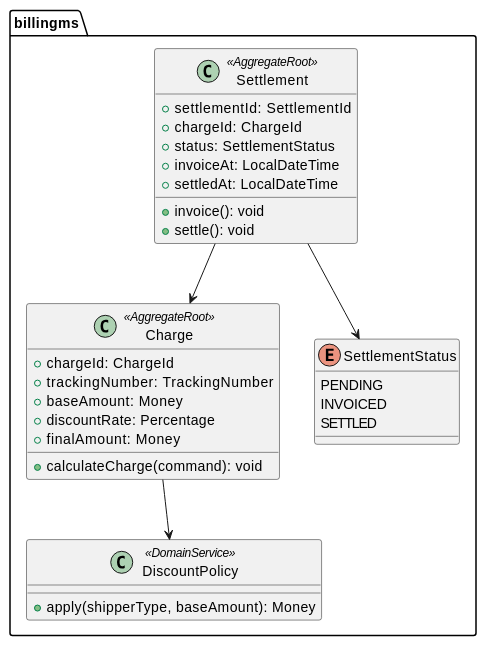
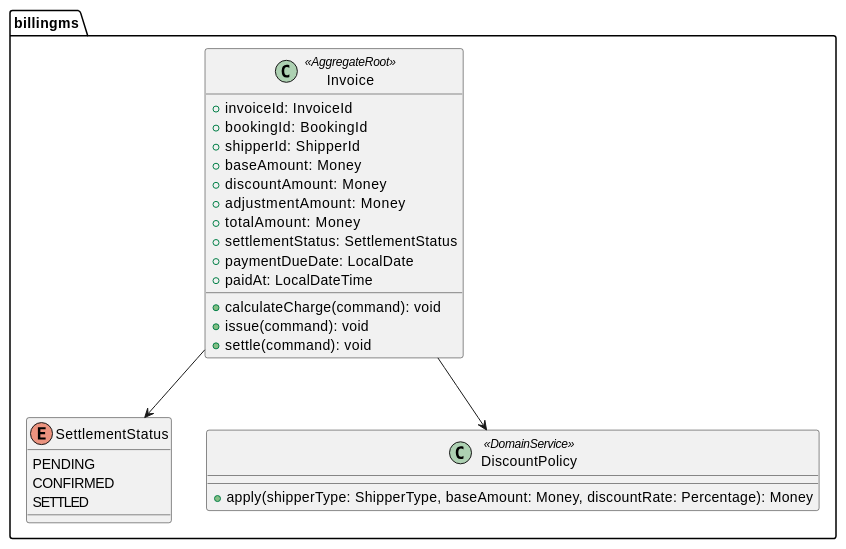
Before and after one commit to k2works/case-study-cargo-tracker: the third of 3 diagrams in docs/development/iteration_plan-8.md, drawn with PlantUML. The commit also changed other lines of this file, not shown here.

````diff
--- a/docs/development/iteration_plan-8.md
+++ b/docs/development/iteration_plan-8.md
@@ -238,38 +246,34 @@
 ```plantuml
 @startuml
 package "billingms" {
-  class Charge <<AggregateRoot>> {
-    + chargeId: ChargeId
-    + trackingNumber: TrackingNumber
+  class Invoice <<AggregateRoot>> {
+    + invoiceId: InvoiceId
+    + bookingId: BookingId
+    + shipperId: ShipperId
     + baseAmount: Money
-    + discountRate: Percentage
-    + finalAmount: Money
+    + discountAmount: Money
+    + adjustmentAmount: Money
+    + totalAmount: Money
+    + settlementStatus: SettlementStatus
+    + paymentDueDate: LocalDate
+    + paidAt: LocalDateTime
     + calculateCharge(command): void
-  }
-
-  class Settlement <<AggregateRoot>> {
-    + settlementId: SettlementId
-    + chargeId: ChargeId
-    + status: SettlementStatus
-    + invoiceAt: LocalDateTime
-    + settledAt: LocalDateTime
-    + invoice(): void
-    + settle(): void
+    + issue(command): void
+    + settle(command): void
   }
 
   enum SettlementStatus {
     PENDING
-    INVOICED
+    CONFIRMED
     SETTLED
   }
 
   class DiscountPolicy <<DomainService>> {
-    + apply(shipperType, baseAmount): Money
+    + apply(shipperType: ShipperType, baseAmount: Money, discountRate: Percentage): Money
   }
 
-  Charge --> DiscountPolicy
-  Settlement --> Charge
-  Settlement --> SettlementStatus
+  Invoice --> SettlementStatus
+  Invoice --> DiscountPolicy
 }
 @enduml
 ```
````
